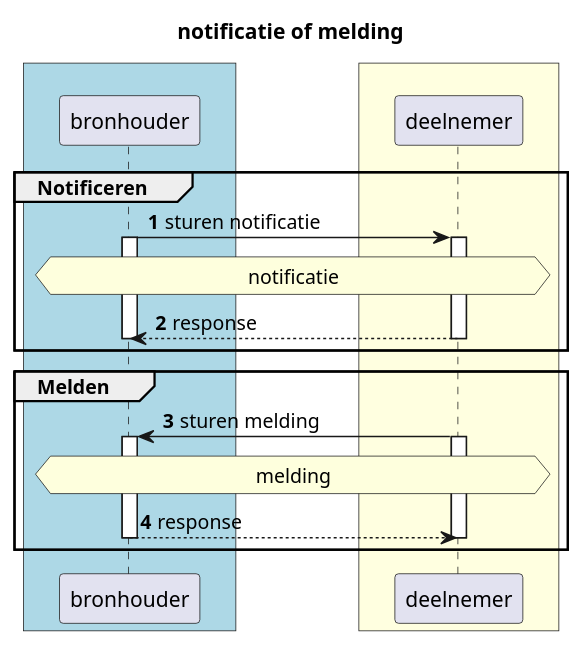
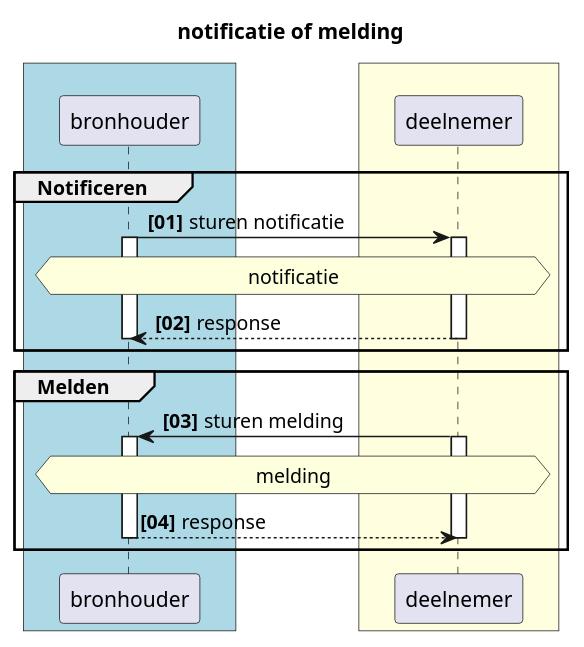
Before and after one commit to iStandaarden/iWlz-RequestForComment: the first of 2 diagrams in RFC/RFC0008 - Notificaties en Meldingen.md, drawn with PlantUML. The commit also changed other lines of this file and 2 other files, not shown here.

````diff
--- a/RFC/RFC0008 - Notificaties en Meldingen.md
+++ b/RFC/RFC0008 - Notificaties en Meldingen.md
@@ -32,34 +33,34 @@
 ```plantuml
 @startuml rfc008-01-notificatie_melding
 title notificatie of melding
 skinparam handwritten false
 skinparam participantpadding 20
 skinparam boxpadding 40
-autonumber 001
+autonumber "<b>[00]"
 box  #lightblue
 participant "bronhouder" as bs
 end box
 
 box  #lightyellow
 participant "deelnemer" as dbs
 end box
 
 Group Notificeren
     bs -> dbs : sturen notificatie
     hnote across:notificatie
     activate bs
     activate dbs
     return response
     deactivate bs
 end
 
 Group Melden
     dbs -> bs: sturen melding
     hnote across:melding
     activate bs
     activate dbs
     return response
     deactivate dbs
 end
 @enduml
 ```
````
